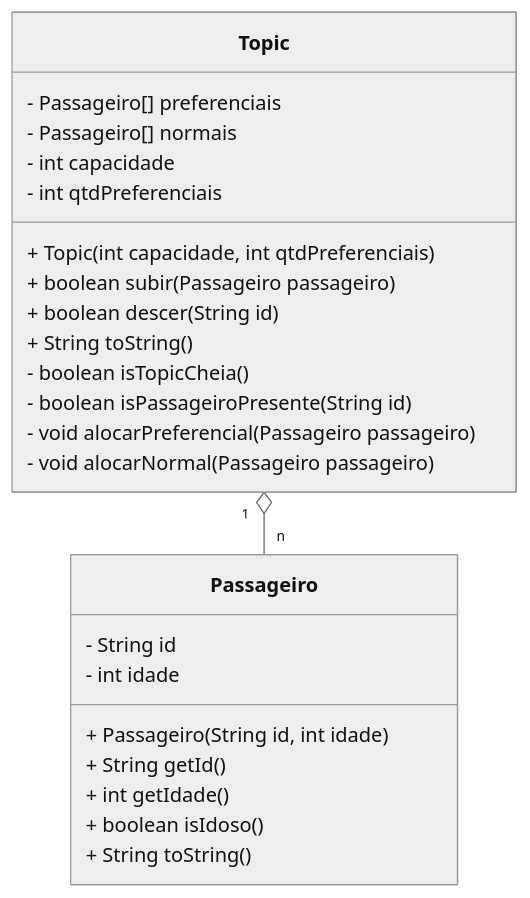
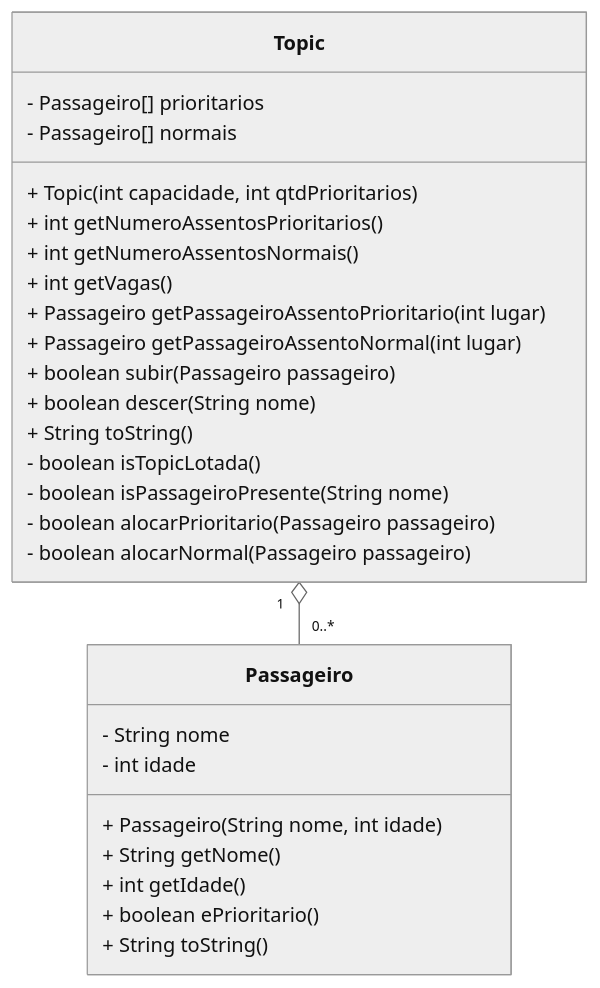
One commit to profBruno-UFC-Qx/qxd0007-topic-de-luxo changed the diagram in README.md. Above: the diagram before and after it, drawn with Mermaid (neutral theme). The commit also changed other lines of this file and 3 other files, not shown here.

````diff
--- a/README.md
+++ b/README.md
@@ -41,29 +53,32 @@
 ```mermaid
 classDiagram
     class Topic {
-        - Passageiro[] preferenciais
+        - Passageiro[] prioritarios
         - Passageiro[] normais
-        - int capacidade
-        - int qtdPreferenciais
-        + Topic(int capacidade, int qtdPreferenciais)
+        + Topic(int capacidade, int qtdPrioritarios)
+        + int getNumeroAssentosPrioritarios()
+        + int getNumeroAssentosNormais()
+        + int getVagas()
+        + Passageiro getPassageiroAssentoPrioritario(int lugar)
+        + Passageiro getPassageiroAssentoNormal(int lugar)
         + boolean subir(Passageiro passageiro)
-        + boolean descer(String id)
+        + boolean descer(String nome)
         + String toString()
-        - boolean isTopicCheia()
-        - boolean isPassageiroPresente(String id)
-        - void alocarPreferencial(Passageiro passageiro)
-        - void alocarNormal(Passageiro passageiro)
+        - boolean isTopicLotada()
+        - boolean isPassageiroPresente(String nome)
+        - boolean alocarPrioritario(Passageiro passageiro)
+        - boolean alocarNormal(Passageiro passageiro)
     }
-    
+
     class Passageiro {
-        - String id
+        - String nome
         - int idade
-        + Passageiro(String id, int idade)
-        + String getId()
+        + Passageiro(String nome, int idade)
+        + String getNome()
         + int getIdade()
-        + boolean isIdoso()
+        + boolean ePrioritario()
         + String toString()
     }
-    
-    Topic "1" o-- "n" Passageiro
+
+    Topic "1" o-- "0..*" Passageiro
 ```
````
